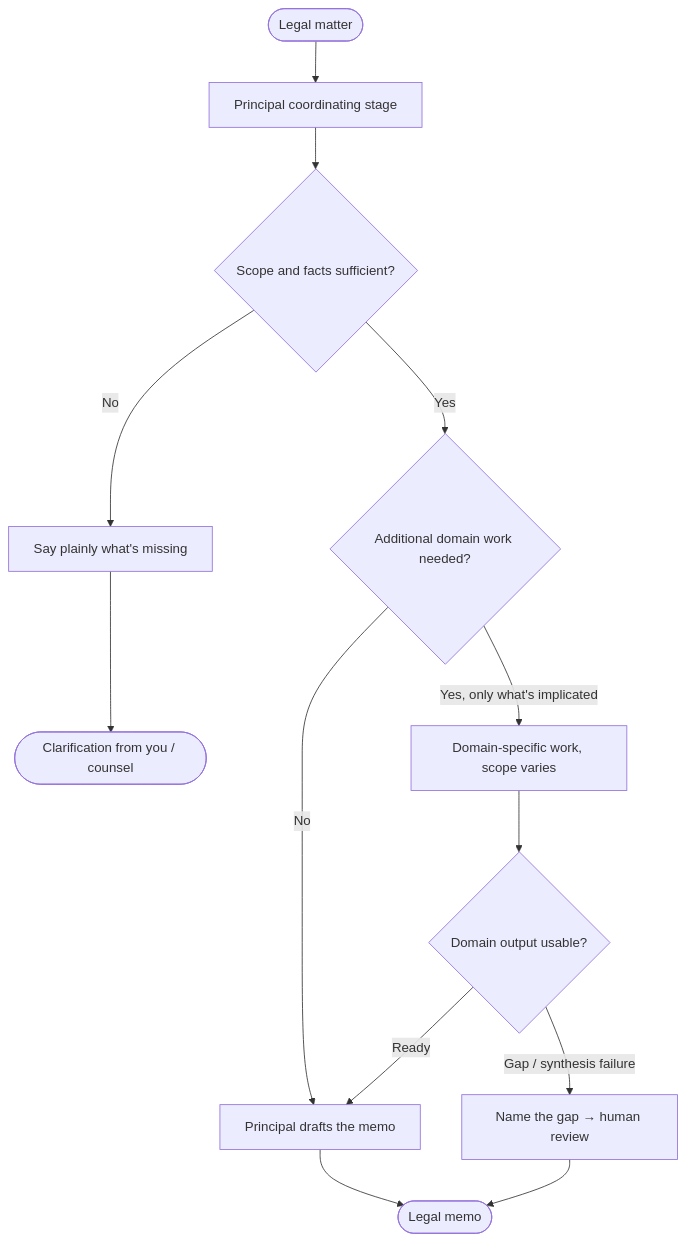
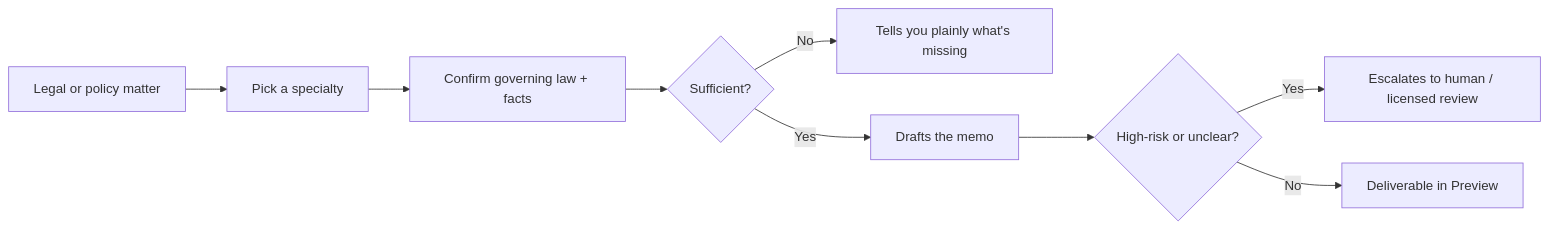
The first of 2 diagrams in Beunec Docs/rivine agentic engines/rivine_cicero.md (Beunec/beunec-site-staging), drawn with Mermaid before and after one commit. The commit also changed other lines of this file and 12 other files, not shown here.

First line of the commit message:
Add Rivine engine diagrams, platform docs links, and home docs CTA.

````diff
--- a/Beunec Docs/rivine agentic engines/rivine_cicero.md
+++ b/Beunec Docs/rivine agentic engines/rivine_cicero.md
@@ -11,15 +7,11 @@
 ```mermaid
-flowchart TD
-    M([Legal matter]) --> P[Principal coordinating stage]
-    P --> Q{Scope and facts sufficient?}
-    Q -->|No| Ask[Say plainly what's missing]
-    Ask --> U([Clarification from you / counsel])
-    Q -->|Yes| D{Additional domain work needed?}
-    D -->|No| Memo[Principal drafts the memo]
-    D -->|Yes, only what's implicated| Dom[Domain-specific work, scope varies]
-    Dom --> Syn{Domain output usable?}
-    Syn -->|Gap / synthesis failure| HITL[Name the gap → human review]
-    Syn -->|Ready| Memo
-    Memo --> Out([Legal memo])
-    HITL --> Out
+flowchart LR
+    A[Legal or policy matter] --> B[Pick a specialty]
+    B --> C[Confirm governing law + facts]
+    C --> D{Sufficient?}
+    D -->|No| E[Tells you plainly what's missing]
+    D -->|Yes| F[Drafts the memo]
+    F --> G{High-risk or unclear?}
+    G -->|Yes| H[Escalates to human / licensed review]
+    G -->|No| I[Deliverable in Preview]
 ```
````
